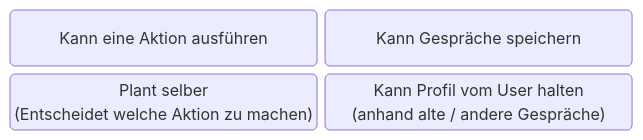
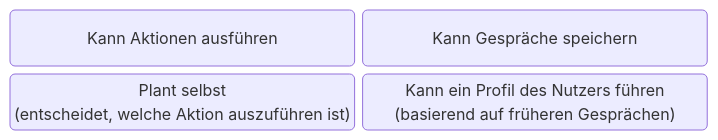
The eighth of 10 diagrams in slides.md (FausztBenedek/fcb-presentation-ki-workflow), drawn with Mermaid before and after one commit. The commit also changed other lines of this file, not shown here.

````diff
--- a/slides.md
+++ b/slides.md
@@ -672,8 +662,8 @@
 ```mermaid
 block
     columns 2
-    a("Kann eine Aktion ausführen")
+    a("Kann Aktionen ausführen")
     b("Kann Gespräche speichern")
-    c("Plant selber \n(Entscheidet welche Aktion zu machen)")
-    d("Kann Profil vom User halten\n(anhand alte / andere Gespräche)")
+    c("Plant selbst \n(entscheidet, welche Aktion auszuführen ist)")
+    d("Kann ein Profil des Nutzers führen\n(basierend auf früheren Gesprächen)")
 ```
````
